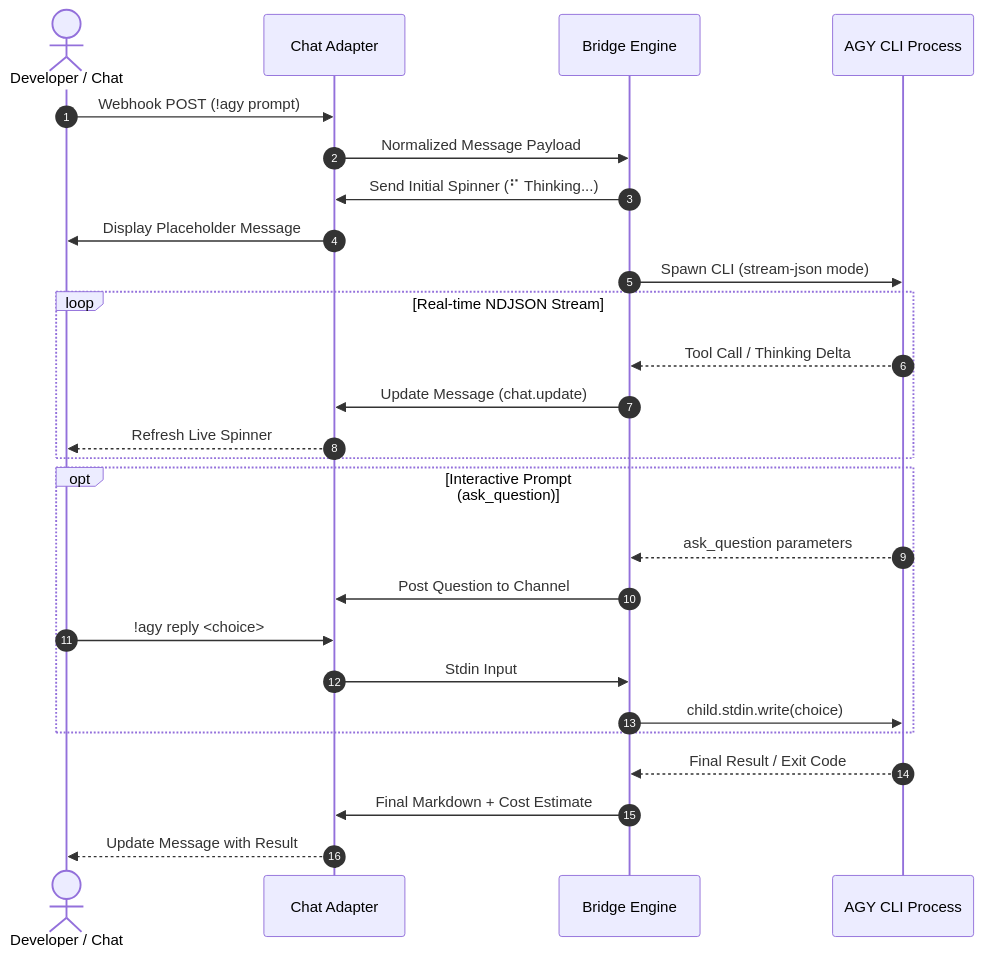
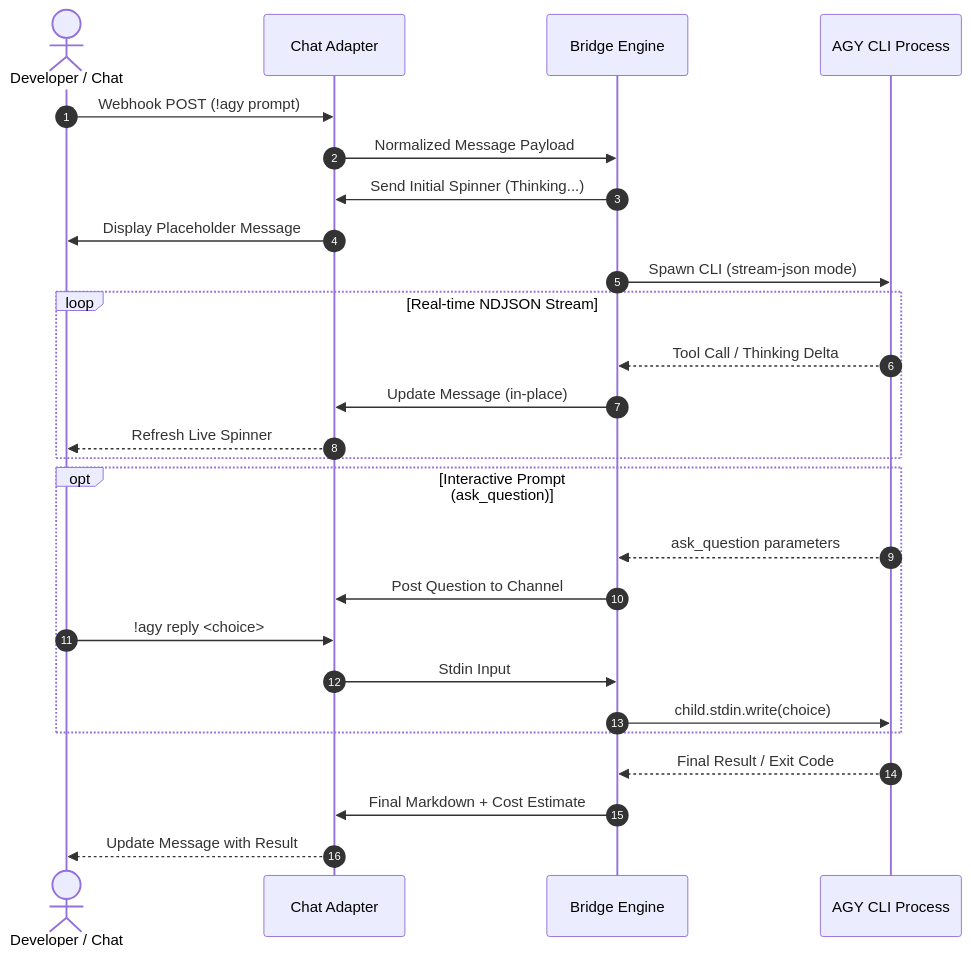
One commit to camkerr81/rocket-grav changed the diagram in README.md. Above: the diagram before and after it, drawn with Mermaid. The commit also changed other lines of this file and 3 other files, not shown here.

````diff
--- a/README.md
+++ b/README.md
@@ -74,32 +86,32 @@
 ```mermaid
 sequenceDiagram
     autonumber
     actor User as Developer / Chat
     participant Adapter as Chat Adapter
     participant Core as Bridge Engine
     participant AGY as AGY CLI Process
 
     User->>Adapter: Webhook POST (!agy prompt)
     Adapter->>Core: Normalized Message Payload
-    Core->>Adapter: Send Initial Spinner (⠋ Thinking...)
+    Core->>Adapter: Send Initial Spinner (Thinking...)
     Adapter->>User: Display Placeholder Message
     Core->>AGY: Spawn CLI (stream-json mode)
     
     loop Real-time NDJSON Stream
         AGY-->>Core: Tool Call / Thinking Delta
-        Core->>Adapter: Update Message (chat.update)
+        Core->>Adapter: Update Message (in-place)
         Adapter-->>User: Refresh Live Spinner
     end
 
     opt Interactive Prompt (ask_question)
         AGY-->>Core: ask_question parameters
         Core->>Adapter: Post Question to Channel
         User->>Adapter: !agy reply <choice>
         Adapter->>Core: Stdin Input
         Core->>AGY: child.stdin.write(choice)
     end
 
     AGY-->>Core: Final Result / Exit Code
     Core->>Adapter: Final Markdown + Cost Estimate
     Adapter-->>User: Update Message with Result
 ```
````
